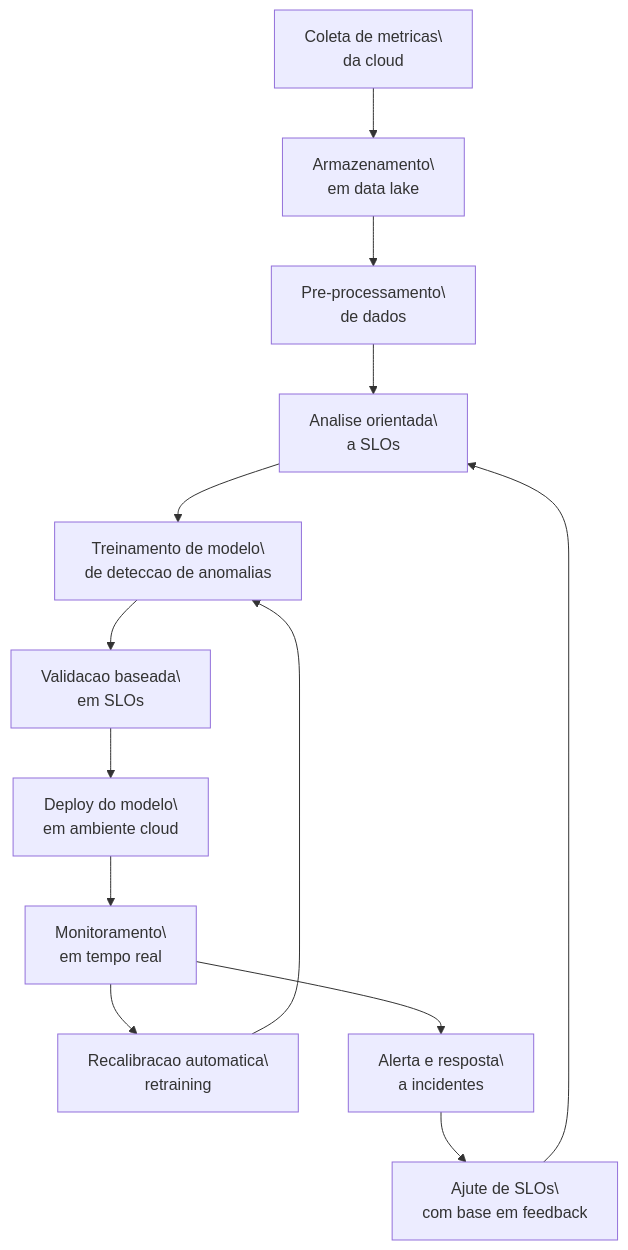
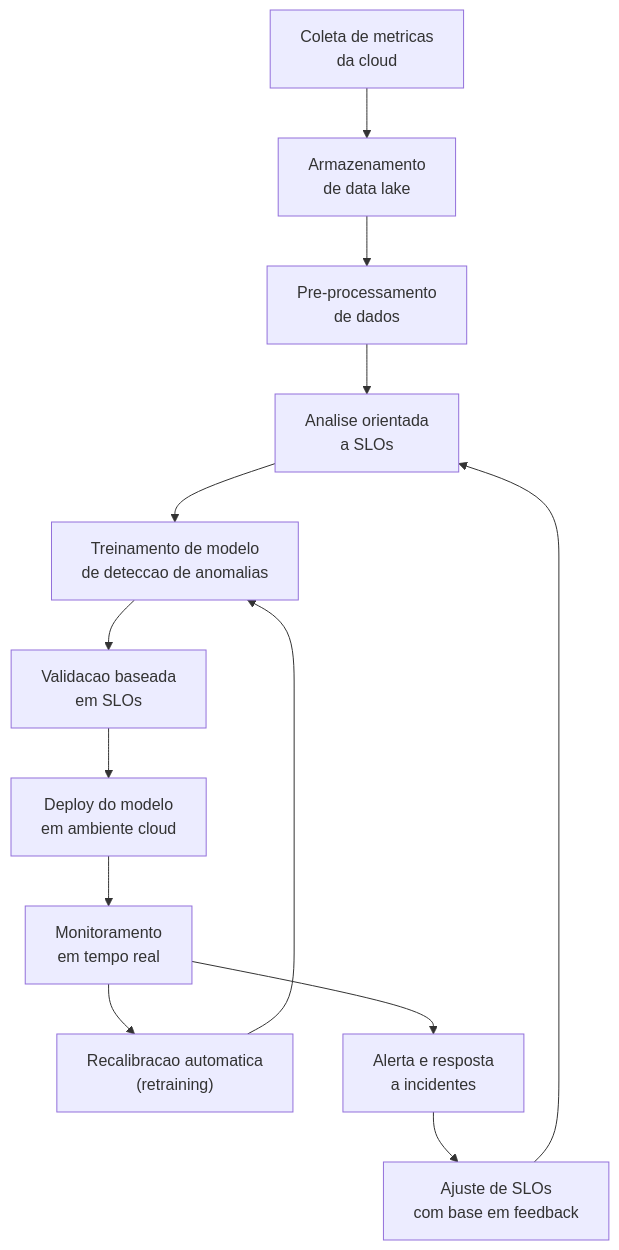
One commit to mbenedicto99/SLO-Pipeline changed the diagram in README.md. Above: the diagram before and after it, drawn with Mermaid.

Commit message:
AI_O11 20251007

````diff
--- a/README.md
+++ b/README.md
@@ -67,18 +67,19 @@
 ```mermaid
 graph TD
-  A[Coleta de metricas\\nda cloud]
-  B[Armazenamento\\nem data lake]
-  C[Pre-processamento\\nde dados]
-  D[Analise orientada\\na SLOs]
-  E[Treinamento de modelo\\nde deteccao de anomalias]
-  F[Validacao baseada\\nem SLOs]
-  G[Deploy do modelo\\nem ambiente cloud]
-  H[Monitoramento\\nem tempo real]
-  I[Recalibracao automatica\\nretraining]
-  J[Alerta e resposta\\na incidentes]
-  K[Ajute de SLOs\\ncom base em feedback]
+  A["Coleta de metricas\nda cloud"]
+  B["Armazenamento\nde data lake"]
+  C["Pre-processamento\nde dados"]
+  D["Analise orientada\na SLOs"]
+  E["Treinamento de modelo\nde deteccao de anomalias"]
+  F["Validacao baseada\nem SLOs"]
+  G["Deploy do modelo\nem ambiente cloud"]
+  H["Monitoramento\nem tempo real"]
+  I["Recalibracao automatica\n(retraining)"]
+  J["Alerta e resposta\na incidentes"]
+  K["Ajuste de SLOs\ncom base em feedback"]
 
   A --> B --> C --> D --> E --> F --> G --> H
   H --> I --> E
   H --> J --> K --> D
+
 ```
````
